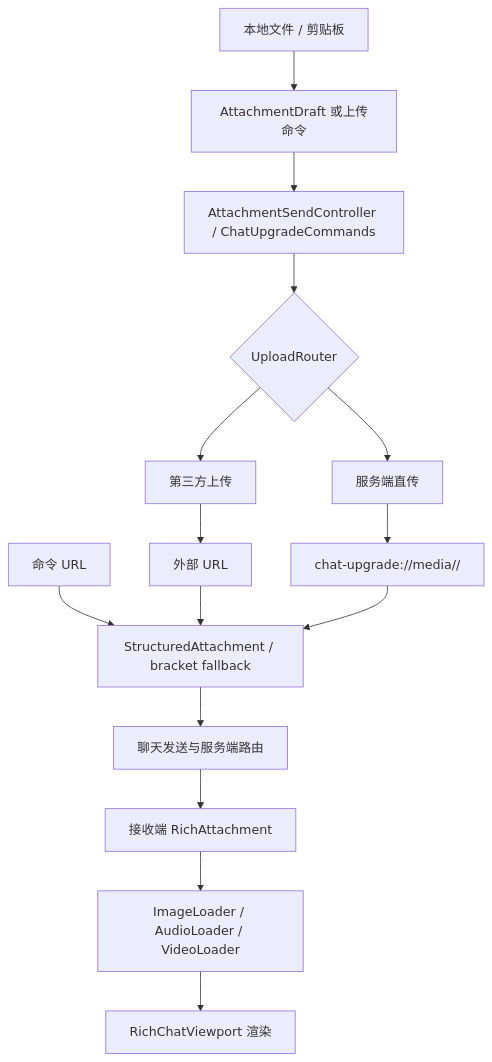
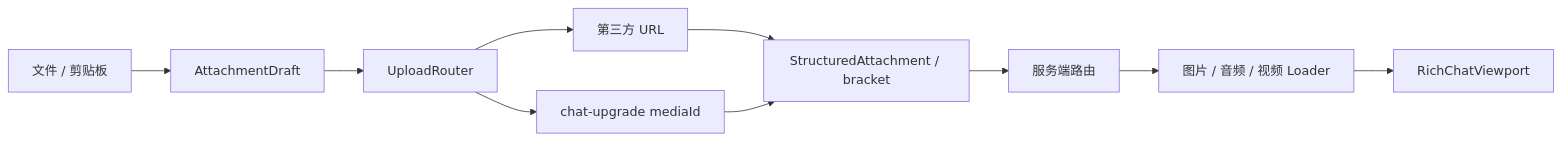
One commit to LoosePrince/chat-upgrade changed the diagram in docs/media-and-upload.md. Above: the diagram before and after it, drawn with Mermaid. The commit also changed other lines of this file and 8 other files, not shown here.

````diff
--- a/docs/media-and-upload.md
+++ b/docs/media-and-upload.md
@@ -7,17 +5,12 @@
 ```mermaid
-flowchart TD
-    A[本地文件 / 剪贴板] --> B[AttachmentDraft 或上传命令]
-    U[命令 URL] --> I[bracket payload]
-    B --> C[AttachmentSendController / ChatUpgradeCommands]
-    C --> D{UploadRouter}
-    D --> E[第三方上传]
-    D --> F[服务端直传]
-    E --> G[外部 URL]
-    F --> H[chat-upgrade://media/<type>/<mediaId>]
-    G --> I[StructuredAttachment / bracket fallback]
-    H --> I
-    I --> J[聊天发送与服务端路由]
-    J --> K[接收端 RichAttachment]
-    K --> L[ImageLoader / AudioLoader / VideoLoader]
-    L --> M[RichChatViewport 渲染]
+flowchart LR
+    A[文件 / 剪贴板] --> B[AttachmentDraft]
+    B --> C[UploadRouter]
+    C --> D[第三方 URL]
+    C --> E[chat-upgrade mediaId]
+    D --> F[StructuredAttachment / bracket]
+    E --> F
+    F --> G[服务端路由]
+    G --> H[图片 / 音频 / 视频 Loader]
+    H --> I[RichChatViewport]
 ```
````
